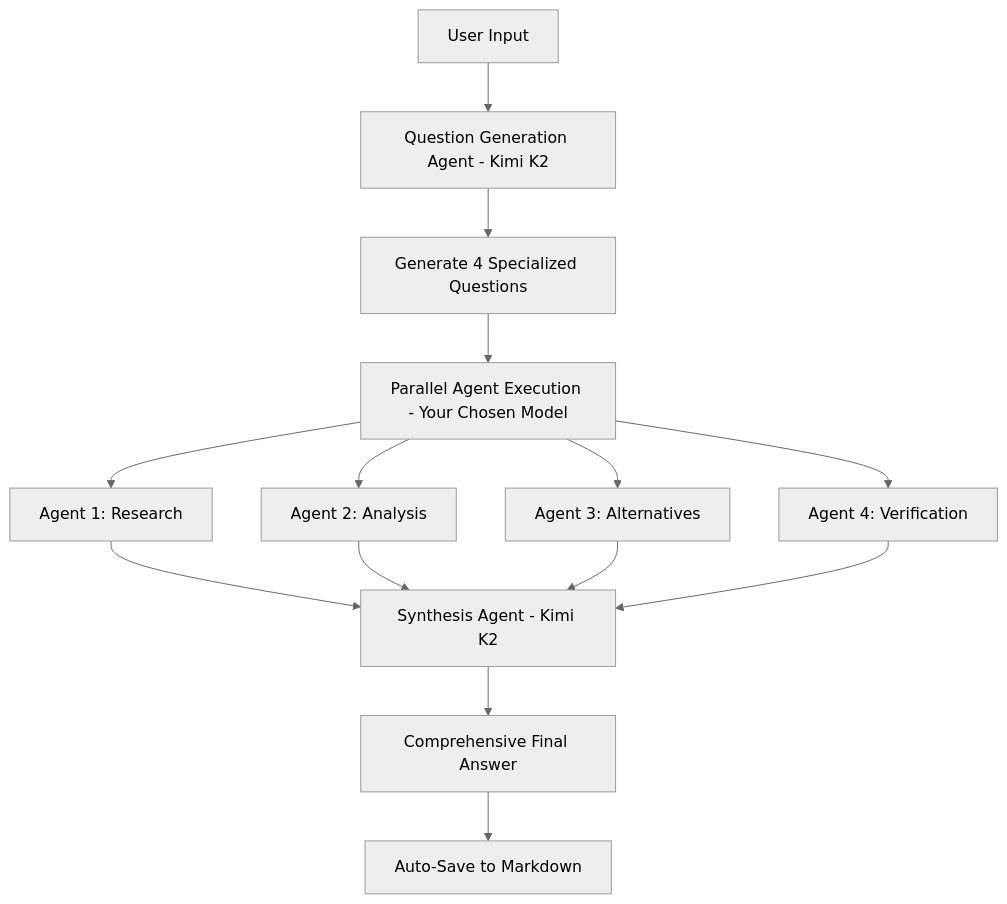
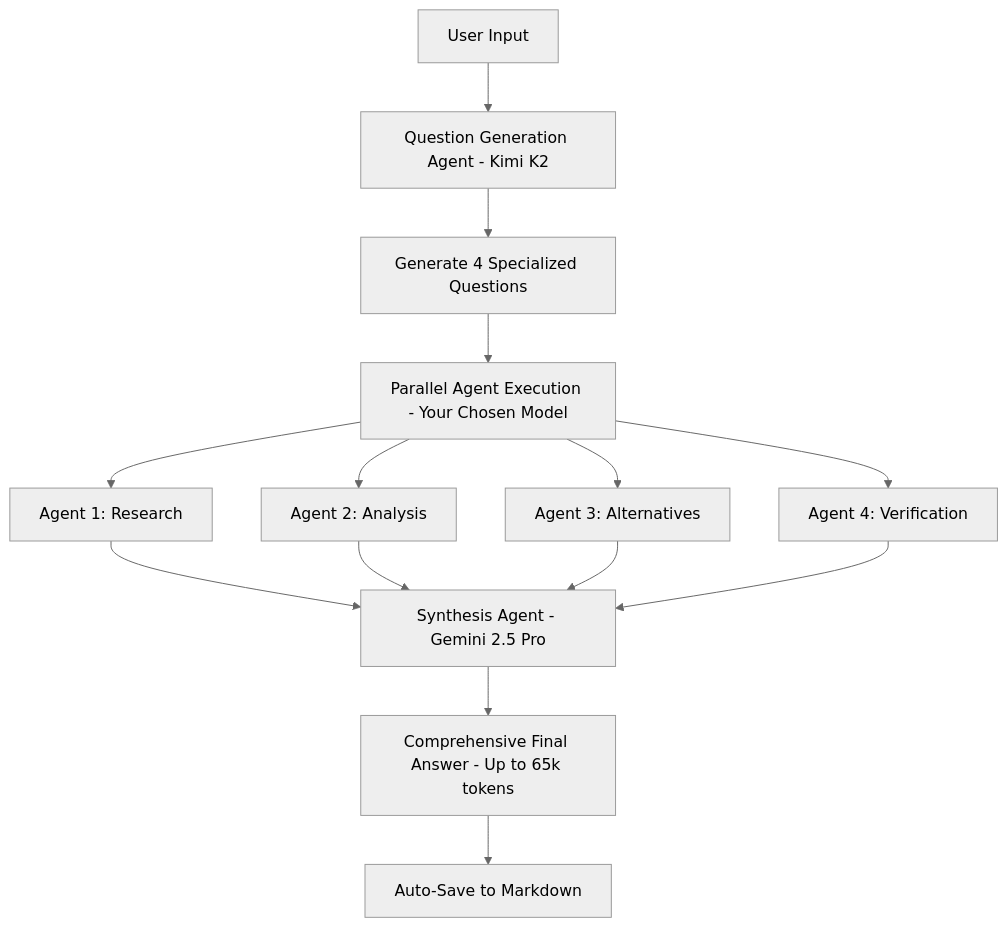
One commit to sanky369/make-it-superheavy changed the diagram in README.md. Above: the diagram before and after it, drawn with Mermaid (neutral theme). The commit also changed other lines of this file and 6 other files, not shown here.

Commit message:
Added gemini-2.5-pro for synthesis

````diff
--- a/README.md
+++ b/README.md
@@ -161,16 +163,16 @@
 ```mermaid
 graph TD
     A[User Input] --> B[Question Generation Agent - Kimi K2]
     B --> C[Generate 4 Specialized Questions]
     C --> D[Parallel Agent Execution - Your Chosen Model]
     D --> E[Agent 1: Research]
     D --> F[Agent 2: Analysis] 
     D --> G[Agent 3: Alternatives]
     D --> H[Agent 4: Verification]
-    E --> I[Synthesis Agent - Kimi K2]
+    E --> I[Synthesis Agent - Gemini 2.5 Pro]
     F --> I
     G --> I
     H --> I
-    I --> J[Comprehensive Final Answer]
+    I --> J[Comprehensive Final Answer - Up to 65k tokens]
     J --> K[Auto-Save to Markdown]
 ```
````
